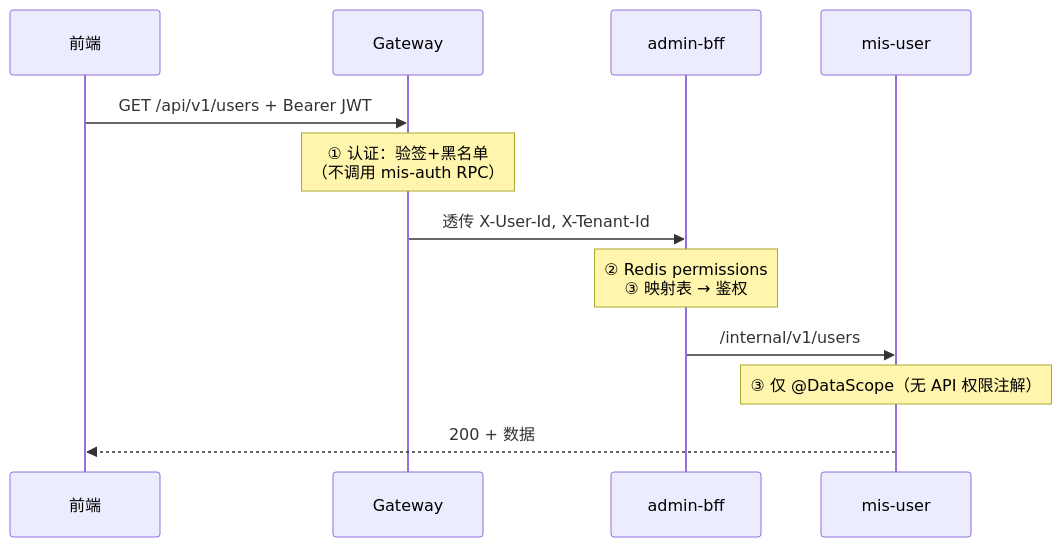
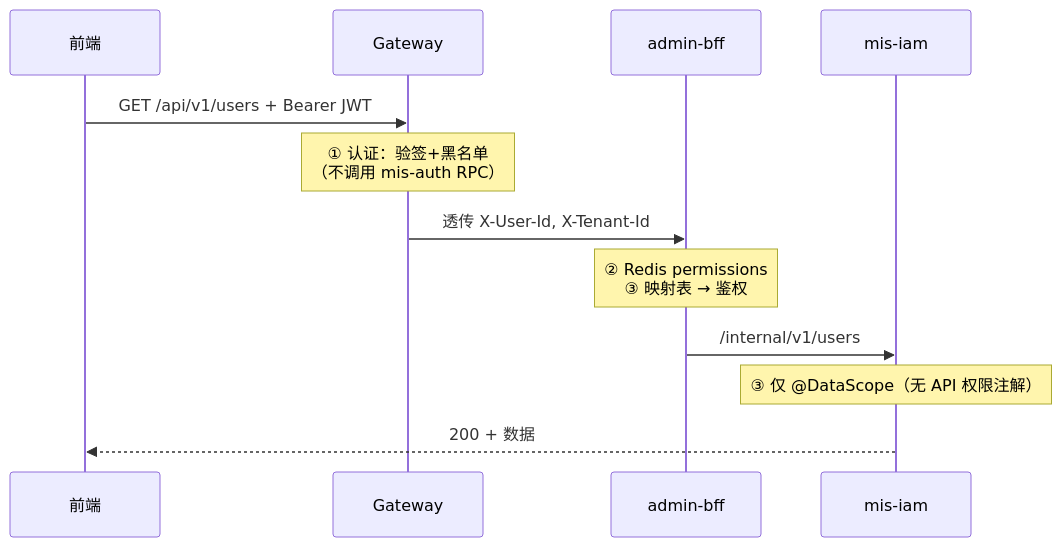
Before and after one commit to 13961588612/mis-platform: the third of 4 diagrams in docs/architecture/03-security.md, drawn with Mermaid. The commit also changed other lines of this file and 30 other files, not shown here.

Commit message:
模块整理 mis-org+mis-user->mis-org mis-rabs->mis-iam  mis-api->mis-system

````diff
--- a/docs/architecture/03-security.md
+++ b/docs/architecture/03-security.md
@@ -141,15 +141,15 @@
 ```mermaid
 sequenceDiagram
     participant FE as 前端
     participant GW as Gateway
     participant BFF as admin-bff
-    participant User as mis-user
+    participant IAM as mis-iam
 
     FE->>GW: GET /api/v1/users + Bearer JWT
     Note over GW: ① 认证：验签+黑名单<br/>（不调用 mis-auth RPC）
     GW->>BFF: 透传 X-User-Id, X-Tenant-Id
     Note over BFF: ② Redis permissions<br/>③ 映射表 → 鉴权
-    BFF->>User: /internal/v1/users
-    Note over User: ③ 仅 @DataScope（无 API 权限注解）
-    User-->>FE: 200 + 数据
+    BFF->>IAM: /internal/v1/users
+    Note over IAM: ③ 仅 @DataScope（无 API 权限注解）
+    IAM-->>FE: 200 + 数据
 ```
````
